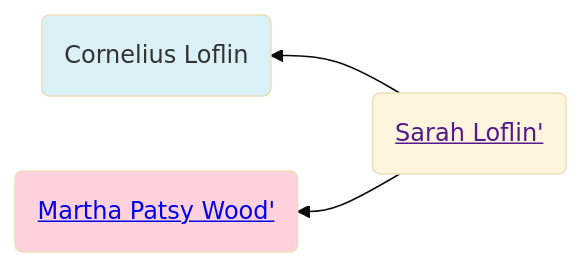
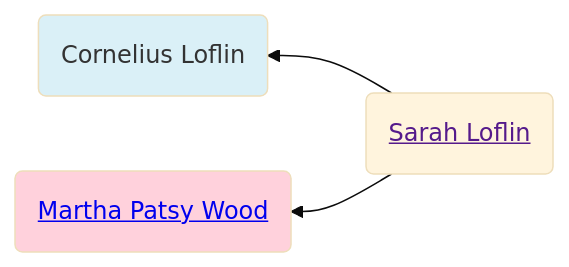
One commit to neelsmith/avocational changed the first of 2 diagrams in familyhistory/sources/people/Randolph_county_lines/Loflin/Sarah_Loflin.qmd. Above: the diagram before and after it, drawn with Mermaid (base theme). The commit also changed other lines of this file and 96 other files, not shown here.

````diff
--- a/familyhistory/sources/people/Randolph_county_lines/Loflin/Sarah_Loflin.qmd
+++ b/familyhistory/sources/people/Randolph_county_lines/Loflin/Sarah_Loflin.qmd
@@ -28,12 +28,12 @@
 ```{mermaid}
 graph RL
 %% RL ancestor diagram
-Sarah_Loflin(<a href=''>Sarah Loflin'</>) -->  Cornelius_Loflin(Cornelius Loflin)
+Sarah_Loflin(<a href=''>Sarah Loflin</a>) -->  Cornelius_Loflin(Cornelius Loflin)
 class Cornelius_Loflin father
-Sarah_Loflin(<a href=''>Sarah Loflin'</>)  --> Martha_Patsy_Wood(<a href='./../Martha_Patsy_Wood.html'>Martha Patsy Wood'</>)
+Sarah_Loflin(<a href=''>Sarah Loflin</a>)  --> Martha_Patsy_Wood(<a href='./../Martha_Patsy_Wood.html'>Martha Patsy Wood</a>)
 class Martha_Patsy_Wood mother
 classDef mother fill:#ffd1dc
 classDef father fill:#daf0f7  
 classDef marriage fill:#ffffff
 
 ```
````
